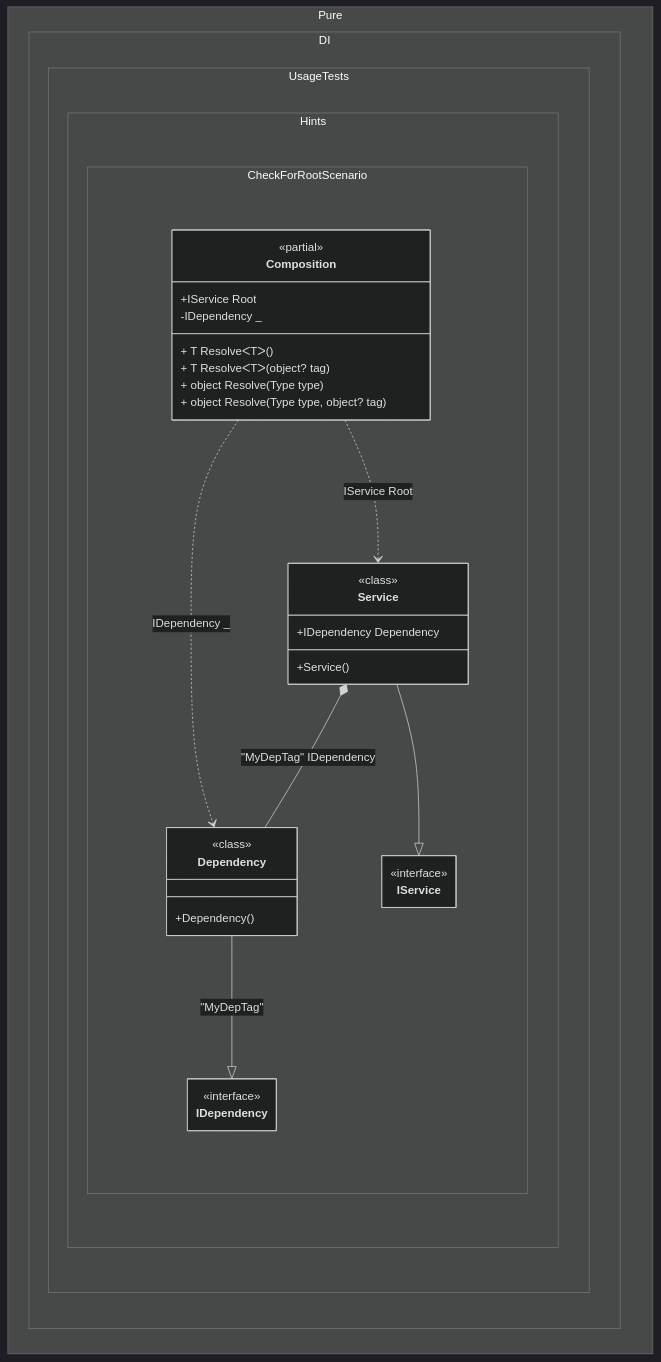
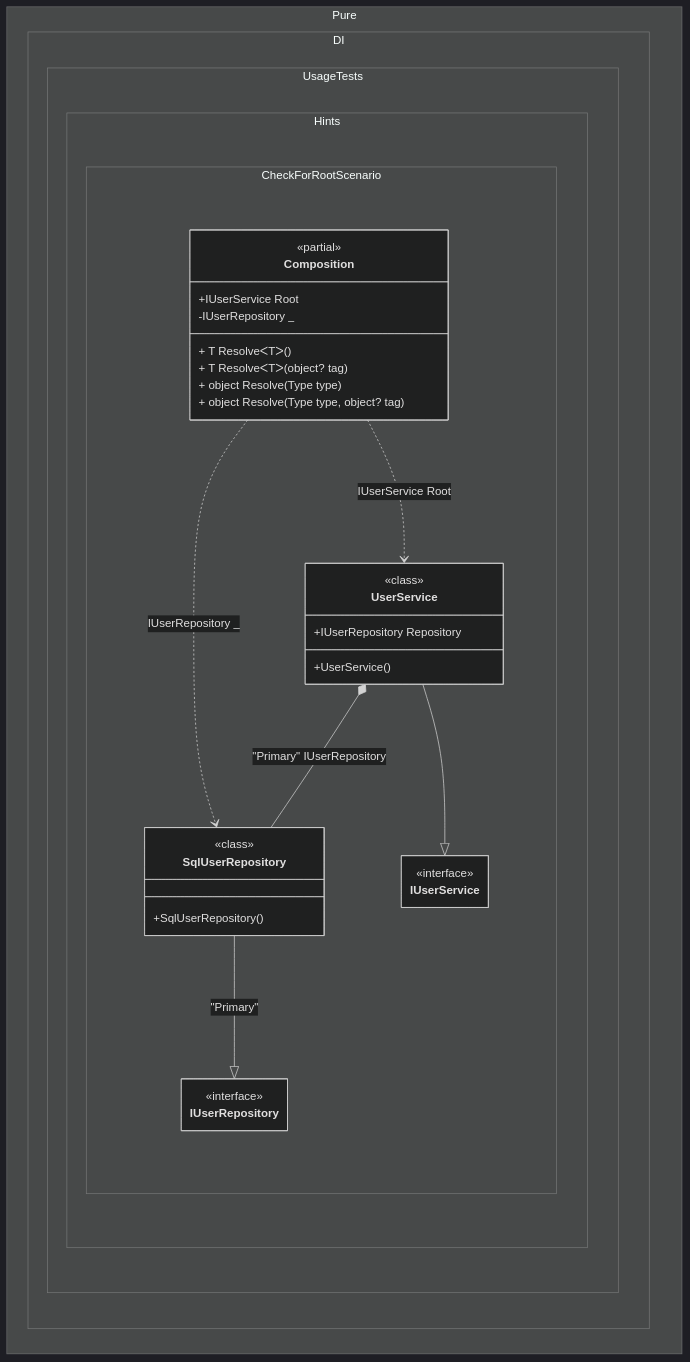
The diagram in readme/check-for-a-root.md (DevTeam/Pure.DI), drawn with Mermaid (dark theme) before and after one commit. The commit also changed other lines of this file and 126 other files, not shown here.

````diff
--- a/readme/check-for-a-root.md
+++ b/readme/check-for-a-root.md
@@ -271,41 +282,41 @@
 ```mermaid
 ---
  config:
   maxTextSize: 2147483647
   maxEdges: 2147483647
   class:
    hideEmptyMembersBox: true
 ---
 classDiagram
-	Dependency --|> IDependency : "MyDepTag" 
-	Service --|> IService
-	Composition ..> Service : IService Root
-	Composition ..> Dependency : IDependency _
-	Service *--  Dependency : "MyDepTag"  IDependency
+	SqlUserRepository --|> IUserRepository : "Primary" 
+	UserService --|> IUserService
+	Composition ..> UserService : IUserService Root
+	Composition ..> SqlUserRepository : IUserRepository _
+	UserService *--  SqlUserRepository : "Primary"  IUserRepository
 	namespace Pure.DI.UsageTests.Hints.CheckForRootScenario {
 		class Composition {
 		<<partial>>
-		+IService Root
-		-IDependency _
+		+IUserService Root
+		-IUserRepository _
 		+ T ResolveᐸTᐳ()
 		+ T ResolveᐸTᐳ(object? tag)
 		+ object Resolve(Type type)
 		+ object Resolve(Type type, object? tag)
 		}
-		class Dependency {
-				<<class>>
-			+Dependency()
-		}
-		class IDependency {
+		class IUserRepository {
 			<<interface>>
 		}
-		class IService {
+		class IUserService {
 			<<interface>>
 		}
-		class Service {
+		class SqlUserRepository {
 				<<class>>
-			+Service()
-			+IDependency Dependency
+			+SqlUserRepository()
+		}
+		class UserService {
+				<<class>>
+			+UserService()
+			+IUserRepository Repository
 		}
 	}
 ```
````
